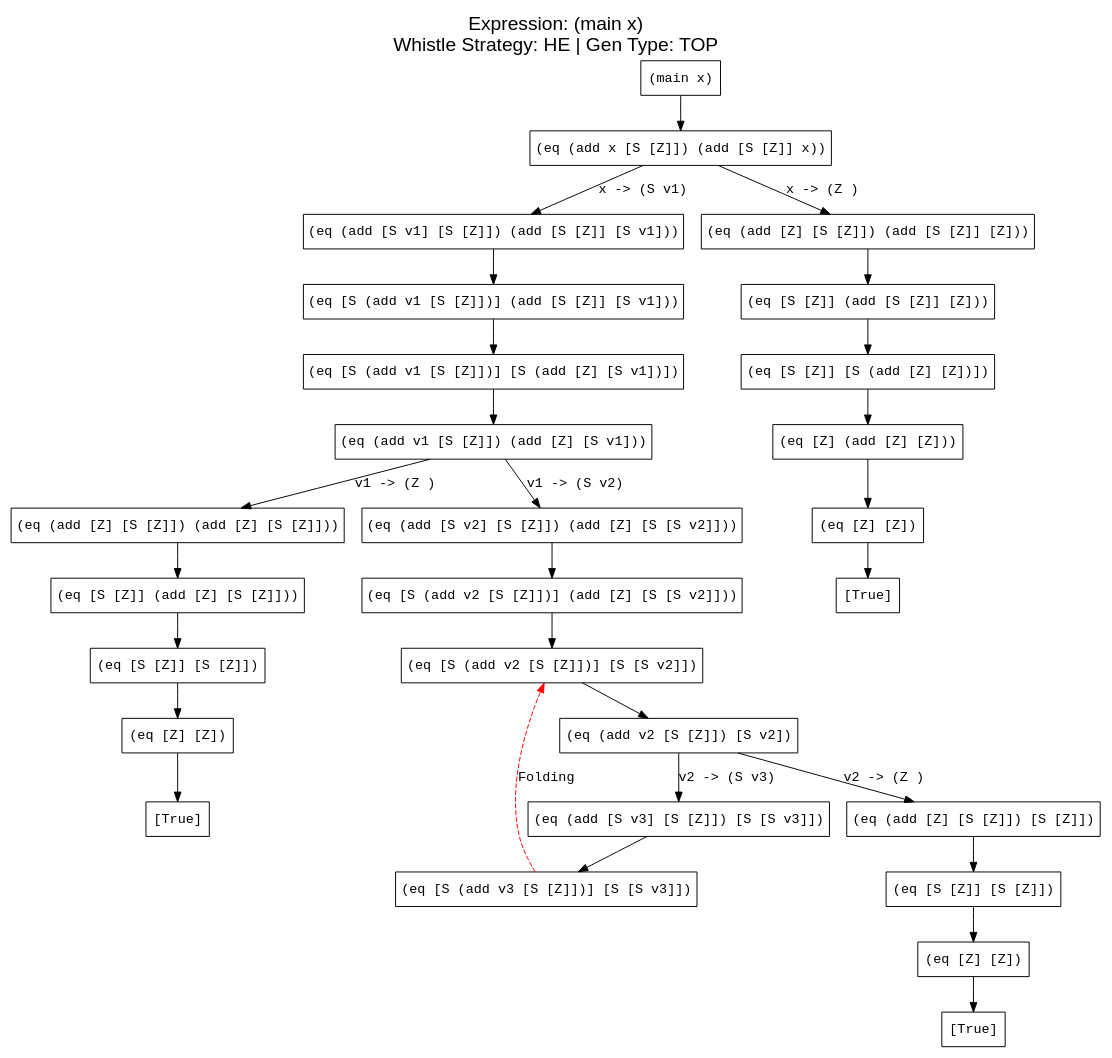
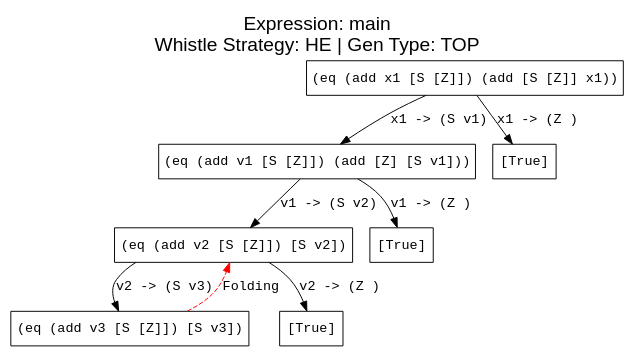
The diagram in output/commute/he.dot (makezh/coursework_supercompiler), drawn with Graphviz before and after one commit. The commit also changed 38 other files, not shown here.

```diff
--- a/output/commute/he.dot
+++ b/output/commute/he.dot
@@ -1,63 +1,23 @@
 digraph ProcessTree {
-  label="Expression: (main x)\nWhistle Strategy: HE | Gen Type: TOP";
+  label="Expression: main\nWhistle Strategy: HE | Gen Type: TOP";
   labelloc="t";
   fontsize=20;
   fontname="Arial";
 
     node [fontname="Courier New"];
     edge [fontname="Courier New"];
-    n0 [label="(main x)", shape=box];
-    n0 -> n1 [label=""];
-    n1 [label="(eq (add x [S [Z]]) (add [S [Z]] x))", shape=box];
-    n1 -> n2 [label="x -> (S v1)"];
-    n1 -> n3 [label="x -> (Z )"];
-    n2 [label="(eq (add [S v1] [S [Z]]) (add [S [Z]] [S v1]))", shape=box];
-    n2 -> n4 [label=""];
-    n3 [label="(eq (add [Z] [S [Z]]) (add [S [Z]] [Z]))", shape=box];
-    n3 -> n5 [label=""];
-    n4 [label="(eq [S (add v1 [S [Z]])] (add [S [Z]] [S v1]))", shape=box];
-    n4 -> n6 [label=""];
-    n5 [label="(eq [S [Z]] (add [S [Z]] [Z]))", shape=box];
-    n5 -> n7 [label=""];
-    n6 [label="(eq [S (add v1 [S [Z]])] [S (add [Z] [S v1])])", shape=box];
-    n6 -> n8 [label=""];
-    n7 [label="(eq [S [Z]] [S (add [Z] [Z])])", shape=box];
-    n7 -> n9 [label=""];
-    n8 [label="(eq (add v1 [S [Z]]) (add [Z] [S v1]))", shape=box];
-    n8 -> n10 [label="v1 -> (S v2)"];
-    n8 -> n11 [label="v1 -> (Z )"];
-    n9 [label="(eq [Z] (add [Z] [Z]))", shape=box];
-    n9 -> n12 [label=""];
-    n10 [label="(eq (add [S v2] [S [Z]]) (add [Z] [S [S v2]]))", shape=box];
-    n10 -> n13 [label=""];
-    n11 [label="(eq (add [Z] [S [Z]]) (add [Z] [S [Z]]))", shape=box];
-    n11 -> n14 [label=""];
-    n12 [label="(eq [Z] [Z])", shape=box];
-    n12 -> n15 [label=""];
-    n13 [label="(eq [S (add v2 [S [Z]])] (add [Z] [S [S v2]]))", shape=box];
-    n13 -> n16 [label=""];
-    n14 [label="(eq [S [Z]] (add [Z] [S [Z]]))", shape=box];
-    n14 -> n17 [label=""];
-    n15 [label="[True]", shape=box];
-    n16 [label="(eq [S (add v2 [S [Z]])] [S [S v2]])", shape=box];
-    n16 -> n18 [label=""];
-    n17 [label="(eq [S [Z]] [S [Z]])", shape=box];
-    n17 -> n19 [label=""];
-    n18 [label="(eq (add v2 [S [Z]]) [S v2])", shape=box];
-    n18 -> n20 [label="v2 -> (S v3)"];
-    n18 -> n21 [label="v2 -> (Z )"];
-    n19 [label="(eq [Z] [Z])", shape=box];
-    n19 -> n22 [label=""];
-    n20 [label="(eq (add [S v3] [S [Z]]) [S [S v3]])", shape=box];
-    n20 -> n23 [label=""];
-    n21 [label="(eq (add [Z] [S [Z]]) [S [Z]])", shape=box];
-    n21 -> n24 [label=""];
-    n22 [label="[True]", shape=box];
-    n23 [label="(eq [S (add v3 [S [Z]])] [S [S v3]])", shape=box];
-    n23 -> n16 [style=dashed, color=red, label="Folding"];
-    n24 [label="(eq [S [Z]] [S [Z]])", shape=box];
-    n24 -> n25 [label=""];
-    n25 [label="(eq [Z] [Z])", shape=box];
-    n25 -> n26 [label=""];
-    n26 [label="[True]", shape=box];
+    n0 [label="(eq (add x1 [S [Z]]) (add [S [Z]] x1))", shape=box];
+    n0 -> n1 [label="x1 -> (S v1)"];
+    n0 -> n2 [label="x1 -> (Z )"];
+    n1 [label="(eq (add v1 [S [Z]]) (add [Z] [S v1]))", shape=box];
+    n1 -> n3 [label="v1 -> (S v2)"];
+    n1 -> n4 [label="v1 -> (Z )"];
+    n2 [label="[True]", shape=box];
+    n3 [label="(eq (add v2 [S [Z]]) [S v2])", shape=box];
+    n3 -> n5 [label="v2 -> (S v3)"];
+    n3 -> n6 [label="v2 -> (Z )"];
+    n4 [label="[True]", shape=box];
+    n5 [label="(eq (add v3 [S [Z]]) [S v3])", shape=box];
+    n5 -> n3 [style=dashed, color=red, label="Folding"];
+    n6 [label="[True]", shape=box];
 }
```
